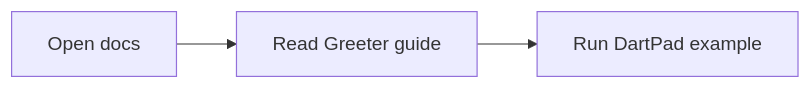
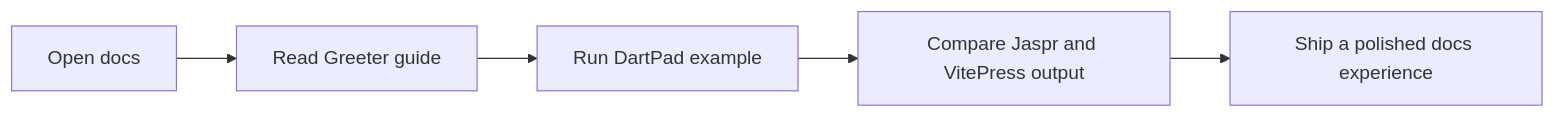
The first of 2 diagrams in testing/test_package_with_docs/doc/getting-started.md (777genius/dartdoc_modern), drawn with Mermaid before and after one commit. The commit also changed other lines of this file and 19 other files, not shown here.

````diff
--- a/testing/test_package_with_docs/doc/getting-started.md
+++ b/testing/test_package_with_docs/doc/getting-started.md
@@ -33,5 +87,7 @@
 ```mermaid
 flowchart LR
   Start["Open docs"] --> Read["Read Greeter guide"]
   Read --> Run["Run DartPad example"]
+  Run --> Compare["Compare Jaspr and VitePress output"]
+  Compare --> Ship["Ship a polished docs experience"]
 ```
````
